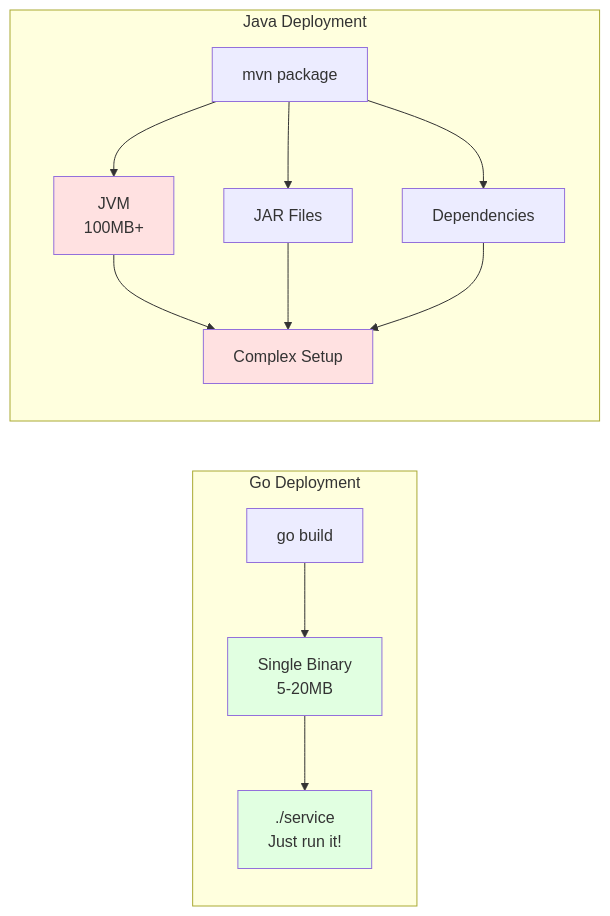
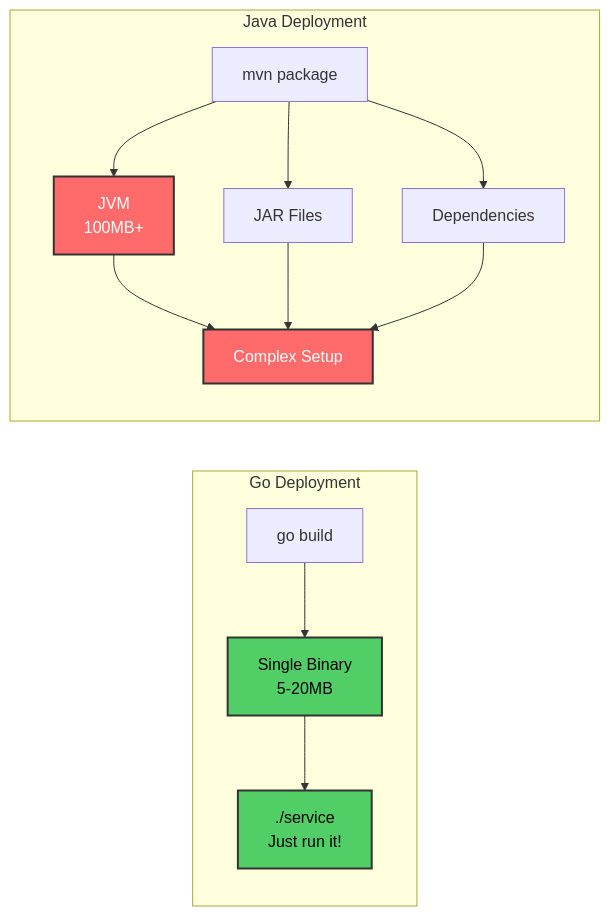
The second of 2 diagrams in Level_3/Semester_1/Distributed_Systems/Project/System_Architecture_in_Distributed_Systems/docs/WHY_GO.md (elewashy/Tanta-University), drawn with Mermaid before and after one commit. The commit also changed other lines of this file and 4 other files, not shown here.

````diff
--- a/Level_3/Semester_1/Distributed_Systems/Project/System_Architecture_in_Distributed_Systems/docs/WHY_GO.md
+++ b/Level_3/Semester_1/Distributed_Systems/Project/System_Architecture_in_Distributed_Systems/docs/WHY_GO.md
@@ -90,21 +90,21 @@
 ```mermaid
 graph LR
     subgraph "Go Deployment"
         Build[go build] --> Binary[Single Binary<br/>5-20MB]
         Binary --> Run[./service<br/>Just run it!]
     end
     
     subgraph "Java Deployment"
         JBuild[mvn package] --> JVM[JVM<br/>100MB+]
         JBuild --> JAR[JAR Files]
         JBuild --> Deps[Dependencies]
         JVM --> JRun[Complex Setup]
         JAR --> JRun
         Deps --> JRun
     end
     
-    style Binary fill:#e1ffe1
-    style Run fill:#e1ffe1
-    style JVM fill:#ffe1e1
-    style JRun fill:#ffe1e1
+    style Binary fill:#51cf66,stroke:#333,stroke-width:2px,color:#000
+    style Run fill:#51cf66,stroke:#333,stroke-width:2px,color:#000
+    style JVM fill:#ff6b6b,stroke:#333,stroke-width:2px,color:#fff
+    style JRun fill:#ff6b6b,stroke:#333,stroke-width:2px,color:#fff
 ```
````
